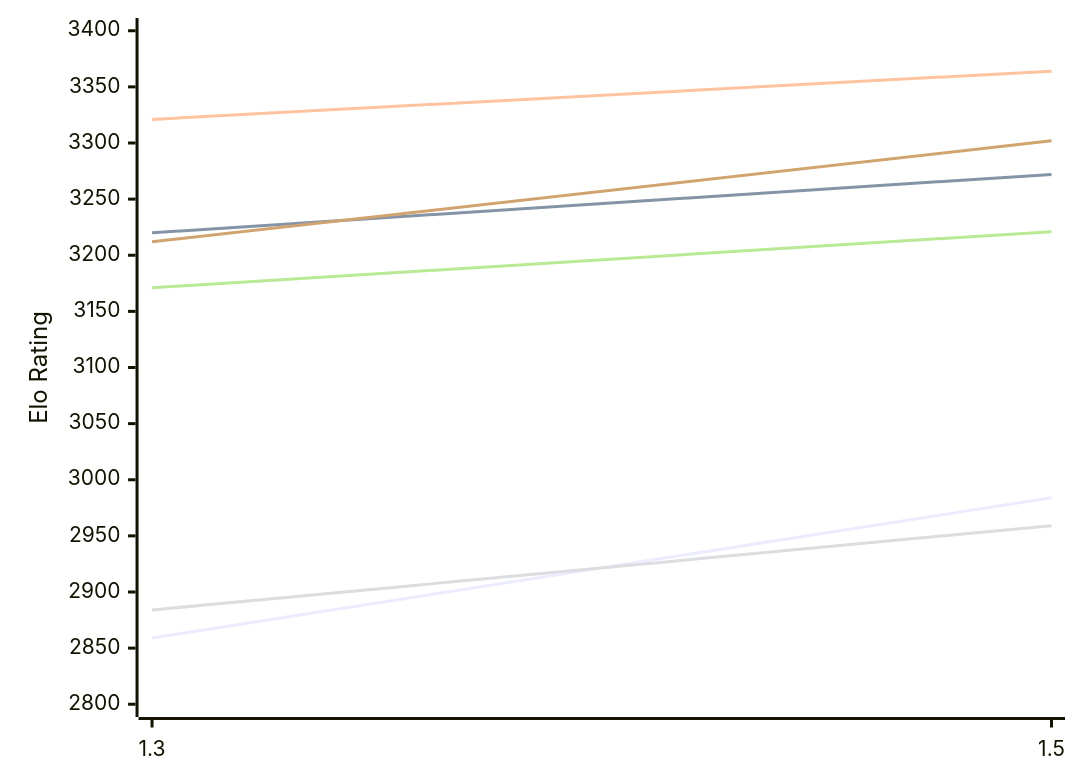
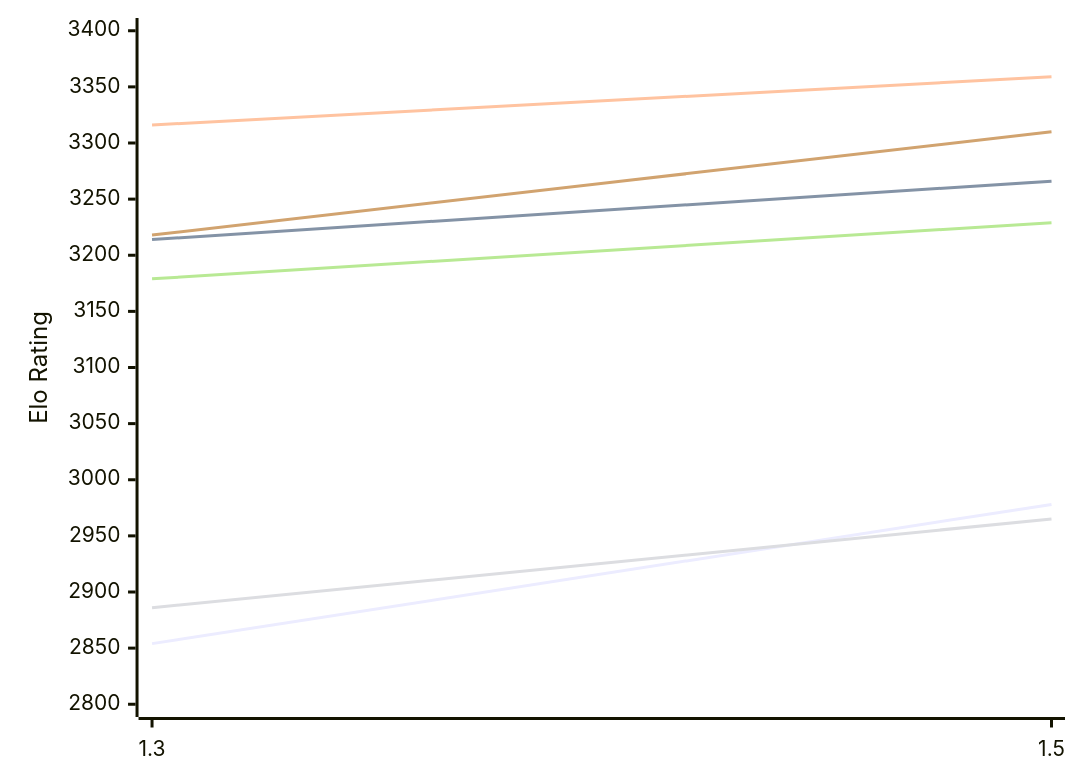
The first of 2 diagrams in engines/Lambergar.md (computer-chess-index/cci), drawn with Mermaid before and after one commit. The commit also changed other lines of this file, not shown here.

Commit message:
Update CCI Ratings (ELO VLTC) - 2026-11-18

````diff
--- a/engines/Lambergar.md
+++ b/engines/Lambergar.md
@@ -50,12 +50,12 @@
 ```mermaid
 %%{init: {"theme":"base","themeVariables":{"seriesColors:['#a3a3a3','#222221','#faa371']}}}%%
 xychart-beta
   x-axis ["1.3", "1.5"]
   y-axis "Elo Rating" 2800 --> 3400
-  line "E1: STC (8.0+0.08s)" [2859, 2984]
-  line "E1: LTC (60.0+0.60s)" [3220, 3272]
-  line "E1: VLTC (2m24s+1.12s)" [3321, 3364]
-  line "P1: STC (8.0+0.08s)" [2884, 2959]
-  line "P1: LTC (60.0+0.60s)" [3171, 3221]
-  line "P1: VLTC (2m24s+1.12s)" [3212, 3302]
+  line "E1: STC (8.0+0.08s)" [2854, 2978]
+  line "E1: LTC (60.0+0.60s)" [3214, 3266]
+  line "E1: VLTC (2m24s+1.12s)" [3316, 3359]
+  line "P1: STC (8.0+0.08s)" [2886, 2965]
+  line "P1: LTC (60.0+0.60s)" [3179, 3229]
+  line "P1: VLTC (2m24s+1.12s)" [3218, 3310]
 ```
````
